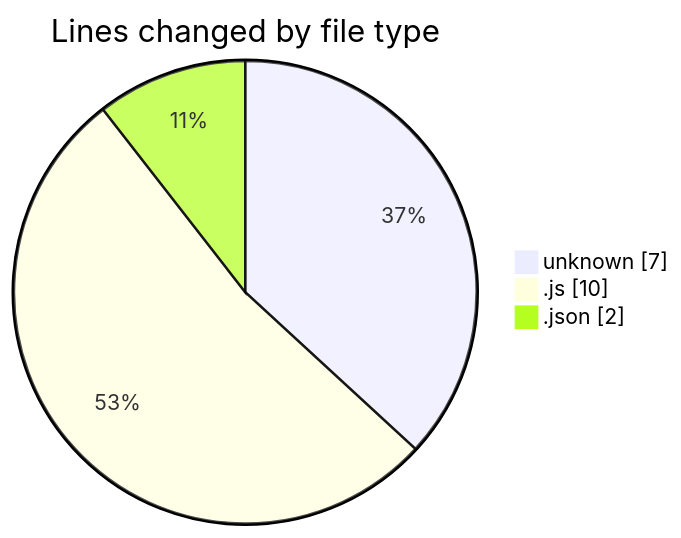
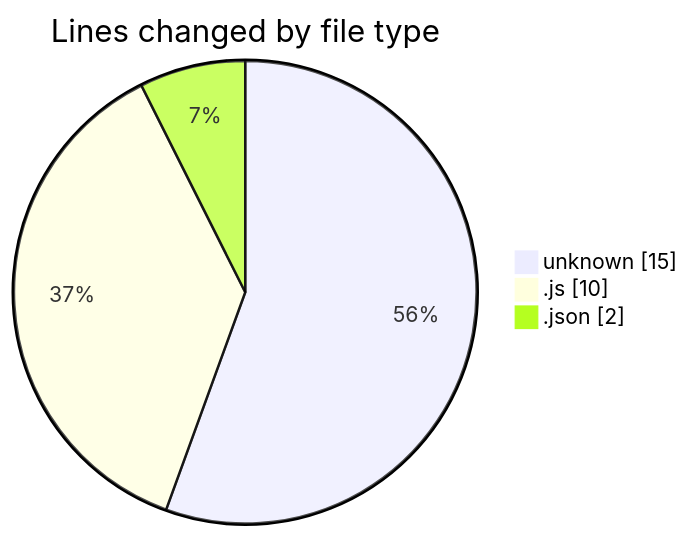
The first of 2 diagrams in 2025-05-02/ecodeli/README.md (CELIANVF/code-tracking), drawn with Mermaid before and after one commit. The commit also changed other lines of this file and 1 other file, not shown here.

````diff
--- a/2025-05-02/ecodeli/README.md
+++ b/2025-05-02/ecodeli/README.md
@@ -22,7 +23,7 @@
 ```mermaid
 pie showData
 title Lines changed by file type
-"unknown" : 7
+"unknown" : 15
 ".js" : 10
 ".json" : 2
 ```
````
